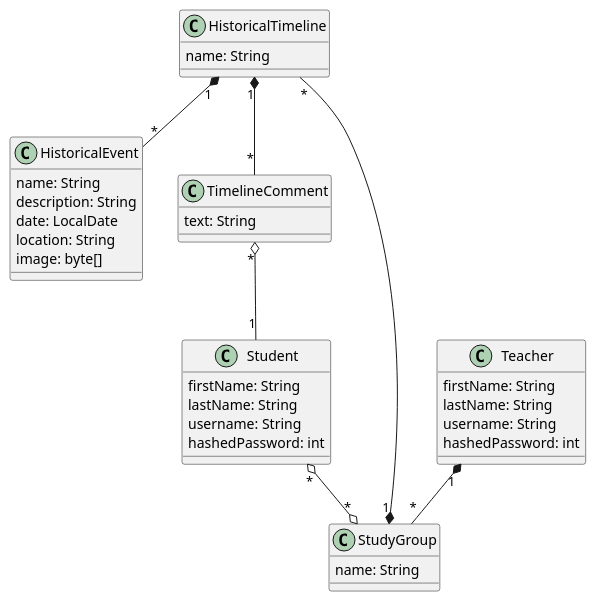
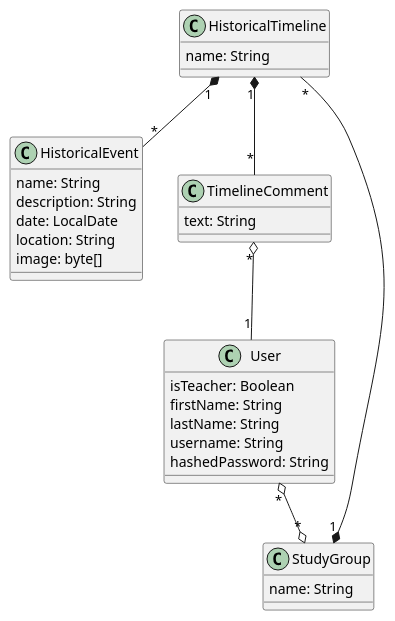
One commit to kuhy/historical-timeline changed the second of 2 diagrams in README.org. Above: the diagram before and after it, drawn with PlantUML. The commit also changed 1 other file, not shown here.

Commit message:
Update class diagram to reflect changes in source code

```diff
--- a/README.org
+++ b/README.org
@@ -120,47 +120,38 @@
   #+BEGIN_SRC plantuml :file images/class_diagram.svg :exports results
     class HistoricalEvent {
       name: String
       description: String
       date: LocalDate
       location: String
       image: byte[]
     }
 
     class HistoricalTimeline {
       name: String
     }
 
     HistoricalTimeline "1" *-- "*" HistoricalEvent
 
     class StudyGroup {
       name: String
     }
 
     StudyGroup "1" *-- "*" HistoricalTimeline
 
-    class Teacher {
+    class User {
+      isTeacher: Boolean
       firstName: String
       lastName: String
       username: String
-      hashedPassword: int
+      hashedPassword: String
     }
 
-    Teacher "1" *-- "*" StudyGroup
-
-
-    class Student {
-      firstName: String
-      lastName: String
-      username: String
-      hashedPassword: int
-    }
-
-    Student "*" o--o "*" StudyGroup
+    User "*" o--o "*" StudyGroup
 
     class TimelineComment {
       text: String
     }
 
     HistoricalTimeline "1" *-- "*" TimelineComment
-    TimelineComment "*" o-- "1" Student
+    TimelineComment "*" o-- "1" User
   #+END_SRC
```
